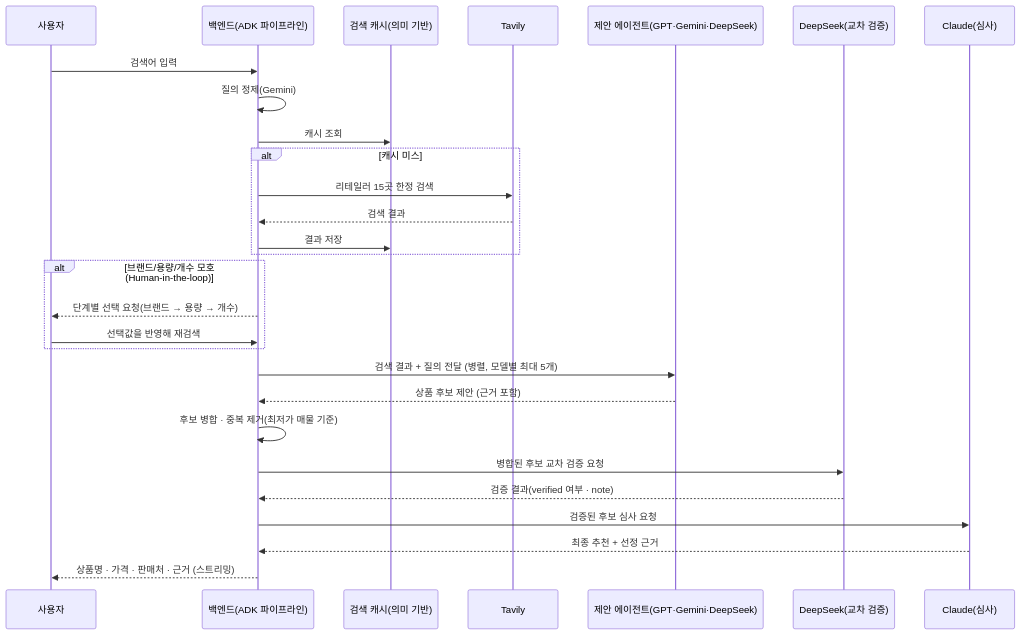
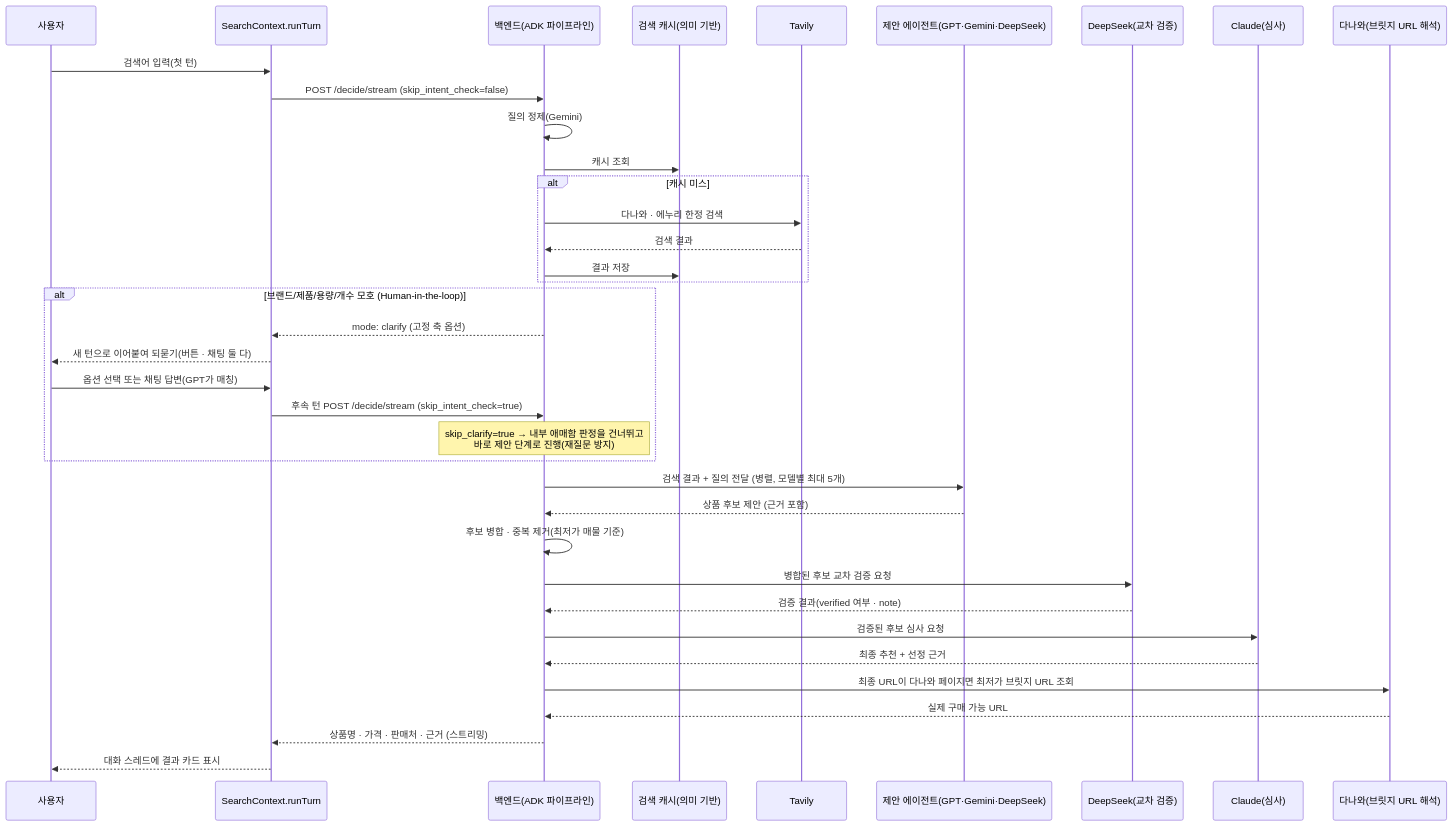
One commit to Alpha-pick00/Alpha-pick00.github.io changed the second of 2 diagrams in README.md. Above: the diagram before and after it, drawn with Mermaid. The commit also changed other lines of this file, not shown here.

First line of the commit message:
Update README architecture for the seungminsung merge

````diff
--- a/README.md
+++ b/README.md
@@ -156,31 +193,40 @@
 ```mermaid
 sequenceDiagram
     participant U as 사용자
+    participant CTX as SearchContext.runTurn
     participant B as 백엔드(ADK 파이프라인)
     participant Cache as 검색 캐시(의미 기반)
     participant T as Tavily
     participant P as 제안 에이전트(GPT·Gemini·DeepSeek)
     participant D as DeepSeek(교차 검증)
     participant J as Claude(심사)
+    participant DW as 다나와(브릿지 URL 해석)
 
-    U->>B: 검색어 입력
+    U->>CTX: 검색어 입력(첫 턴)
+    CTX->>B: POST /decide/stream (skip_intent_check=false)
     B->>B: 질의 정제(Gemini)
     B->>Cache: 캐시 조회
     alt 캐시 미스
-        B->>T: 리테일러 15곳 한정 검색
+        B->>T: 다나와 · 에누리 한정 검색
         T-->>B: 검색 결과
         B->>Cache: 결과 저장
     end
-    alt 브랜드/용량/개수 모호 (Human-in-the-loop)
-        B-->>U: 단계별 선택 요청(브랜드 → 용량 → 개수)
-        U->>B: 선택값을 반영해 재검색
+    alt 브랜드/제품/용량/개수 모호 (Human-in-the-loop)
+        B-->>CTX: mode: clarify (고정 축 옵션)
+        CTX-->>U: 새 턴으로 이어붙여 되묻기(버튼 · 채팅 둘 다)
+        U->>CTX: 옵션 선택 또는 채팅 답변(GPT가 매칭)
+        CTX->>B: 후속 턴 POST /decide/stream (skip_intent_check=true)
+        Note over B: skip_clarify=true → 내부 애매함 판정을 건너뛰고<br/>바로 제안 단계로 진행(재질문 방지)
     end
     B->>P: 검색 결과 + 질의 전달 (병렬, 모델별 최대 5개)
     P-->>B: 상품 후보 제안 (근거 포함)
     B->>B: 후보 병합 · 중복 제거(최저가 매물 기준)
     B->>D: 병합된 후보 교차 검증 요청
     D-->>B: 검증 결과(verified 여부 · note)
     B->>J: 검증된 후보 심사 요청
     J-->>B: 최종 추천 + 선정 근거
-    B-->>U: 상품명 · 가격 · 판매처 · 근거 (스트리밍)
+    B->>DW: 최종 URL이 다나와 페이지면 최저가 브릿지 URL 조회
+    DW-->>B: 실제 구매 가능 URL
+    B-->>CTX: 상품명 · 가격 · 판매처 · 근거 (스트리밍)
+    CTX-->>U: 대화 스레드에 결과 카드 표시
 ```
````
